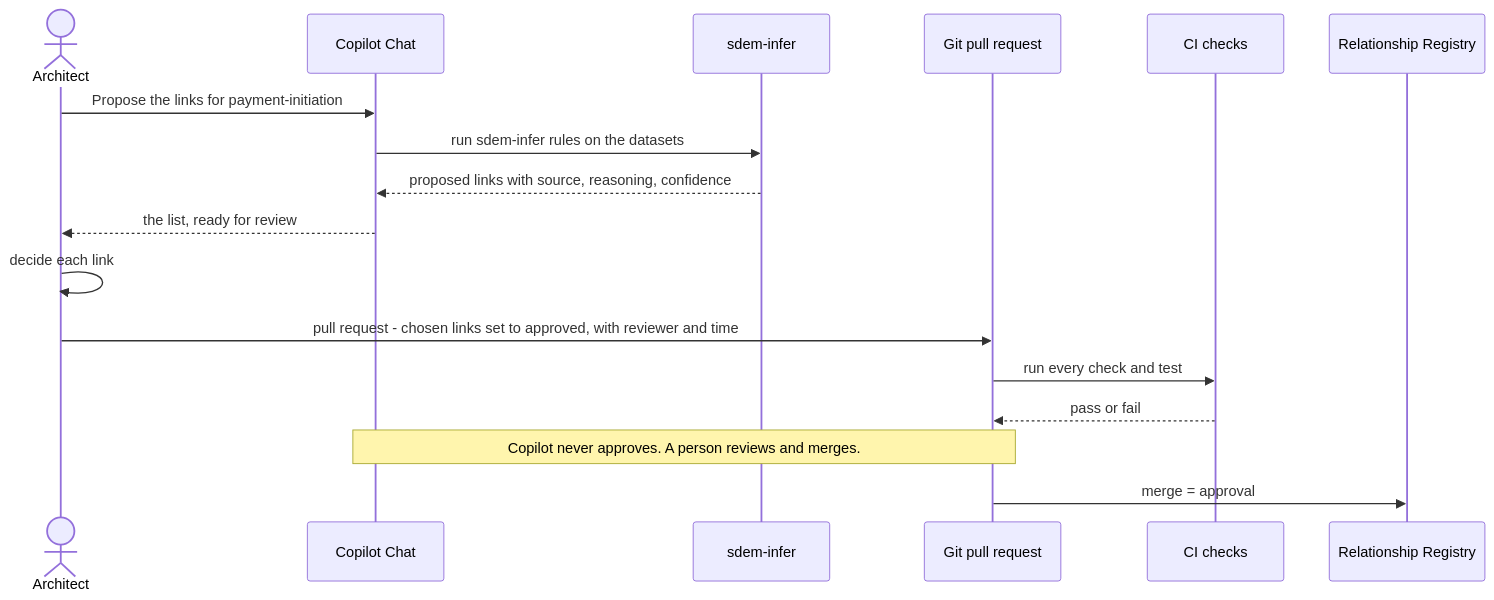
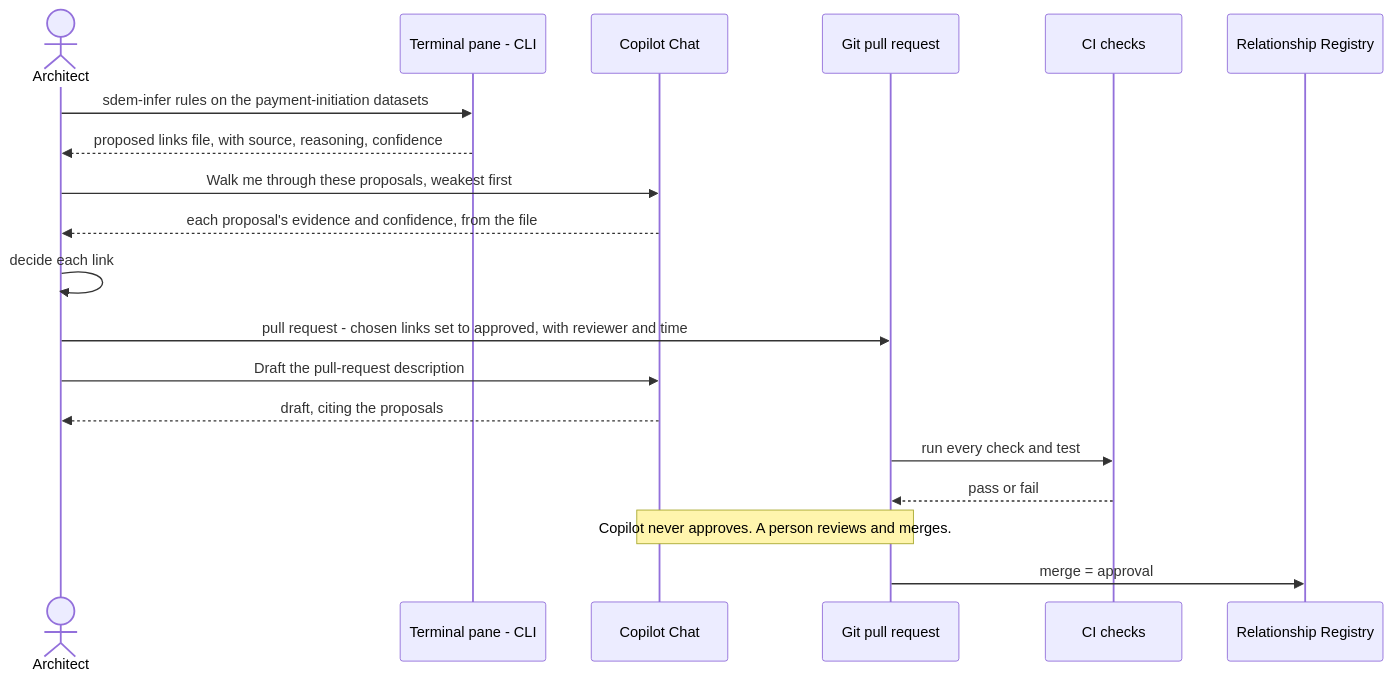
The fourth of 6 diagrams in docs/sdem-workbench-design.md (taumoeps/bian-sdem-framework), drawn with Mermaid before and after one commit. The commit also changed other lines of this file and 6 other files, not shown here.

````diff
--- a/docs/sdem-workbench-design.md
+++ b/docs/sdem-workbench-design.md
@@ -180,19 +191,21 @@
 ```mermaid
 sequenceDiagram
     actor A as Architect
+    participant T as Terminal pane - CLI
     participant C as Copilot Chat
-    participant E as sdem-infer
     participant G as Git pull request
     participant K as CI checks
     participant R as Relationship Registry
-    A->>C: Propose the links for payment-initiation
-    C->>E: run sdem-infer rules on the datasets
-    E-->>C: proposed links with source, reasoning, confidence
-    C-->>A: the list, ready for review
+    A->>T: sdem-infer rules on the payment-initiation datasets
+    T-->>A: proposed links file, with source, reasoning, confidence
+    A->>C: Walk me through these proposals, weakest first
+    C-->>A: each proposal's evidence and confidence, from the file
     A->>A: decide each link
     A->>G: pull request - chosen links set to approved, with reviewer and time
+    A->>C: Draft the pull-request description
+    C-->>A: draft, citing the proposals
     G->>K: run every check and test
     K-->>G: pass or fail
     Note over C,G: Copilot never approves. A person reviews and merges.
     G->>R: merge = approval
 ```
````
